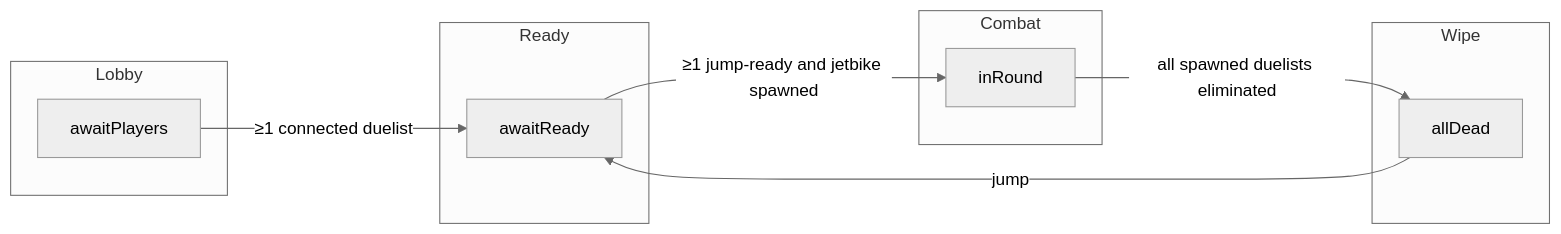
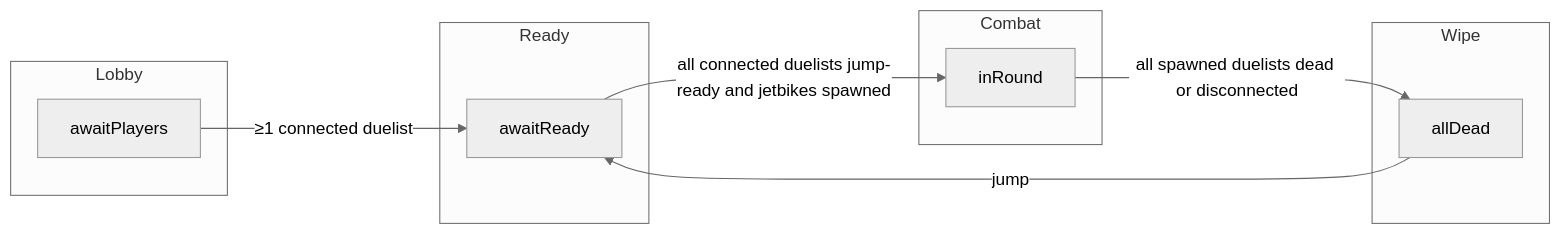
Before and after one commit to csmith1188/spaceelvesforall: the diagram in docs/for-ever-match-flow.md, drawn with Mermaid (neutral theme). The commit also changed other lines of this file and 10 other files, not shown here.

````diff
--- a/docs/for-ever-match-flow.md
+++ b/docs/for-ever-match-flow.md
@@ -16,20 +16,20 @@
 ```mermaid
 flowchart LR
     subgraph lobby["Lobby"]
         AP["awaitPlayers"]
     end
     subgraph gate["Ready"]
         AR["awaitReady"]
     end
     subgraph fight["Combat"]
         IR["inRound"]
     end
     subgraph endScreen["Wipe"]
         AD["allDead"]
     end
 
     AP -->|"≥1 connected duelist"| AR
-    AR -->|"≥1 jump-ready and jetbike spawned"| IR
-    IR -->|"all spawned duelists eliminated"| AD
+    AR -->|"all connected duelists jump-ready and jetbikes spawned"| IR
+    IR -->|"all spawned duelists dead or disconnected"| AD
     AD -->|"jump"| AR
 ```
````
